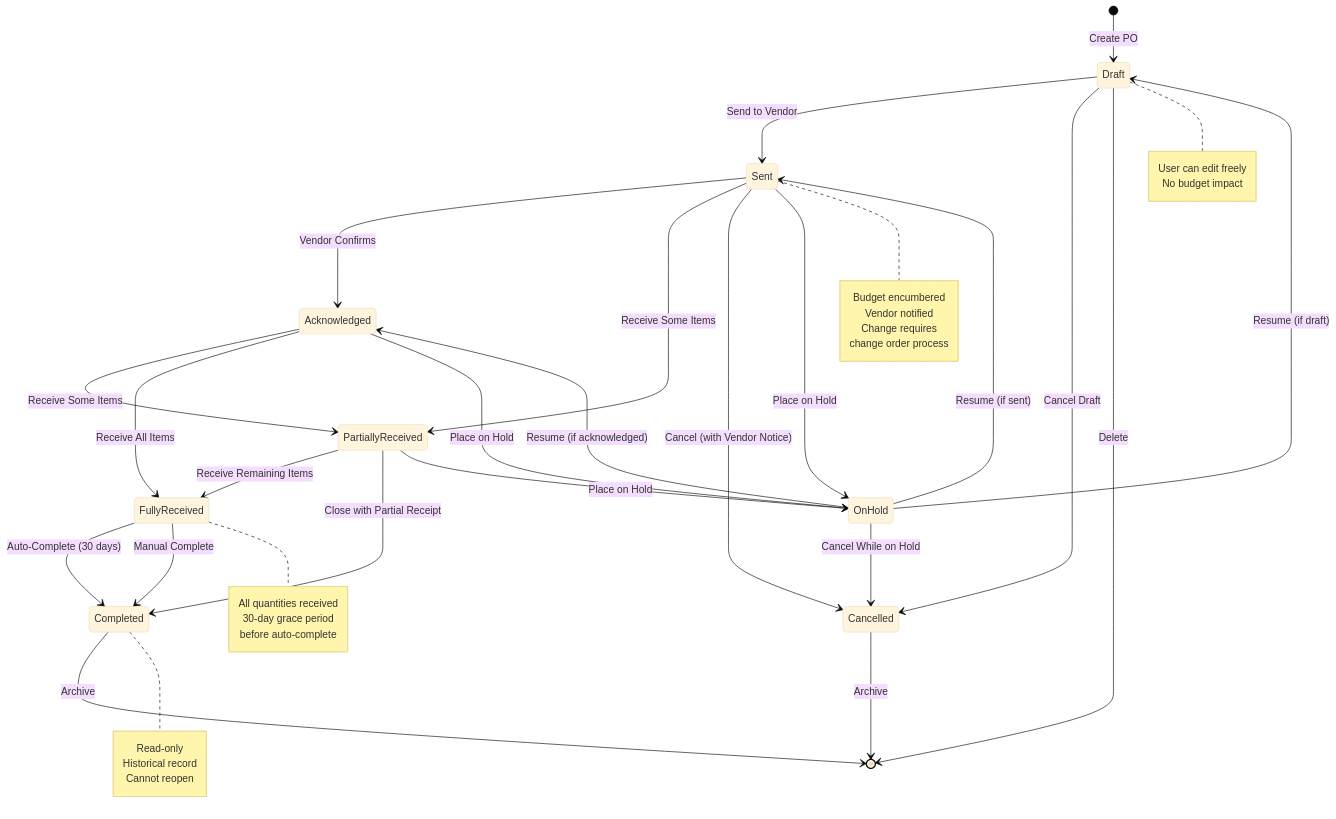
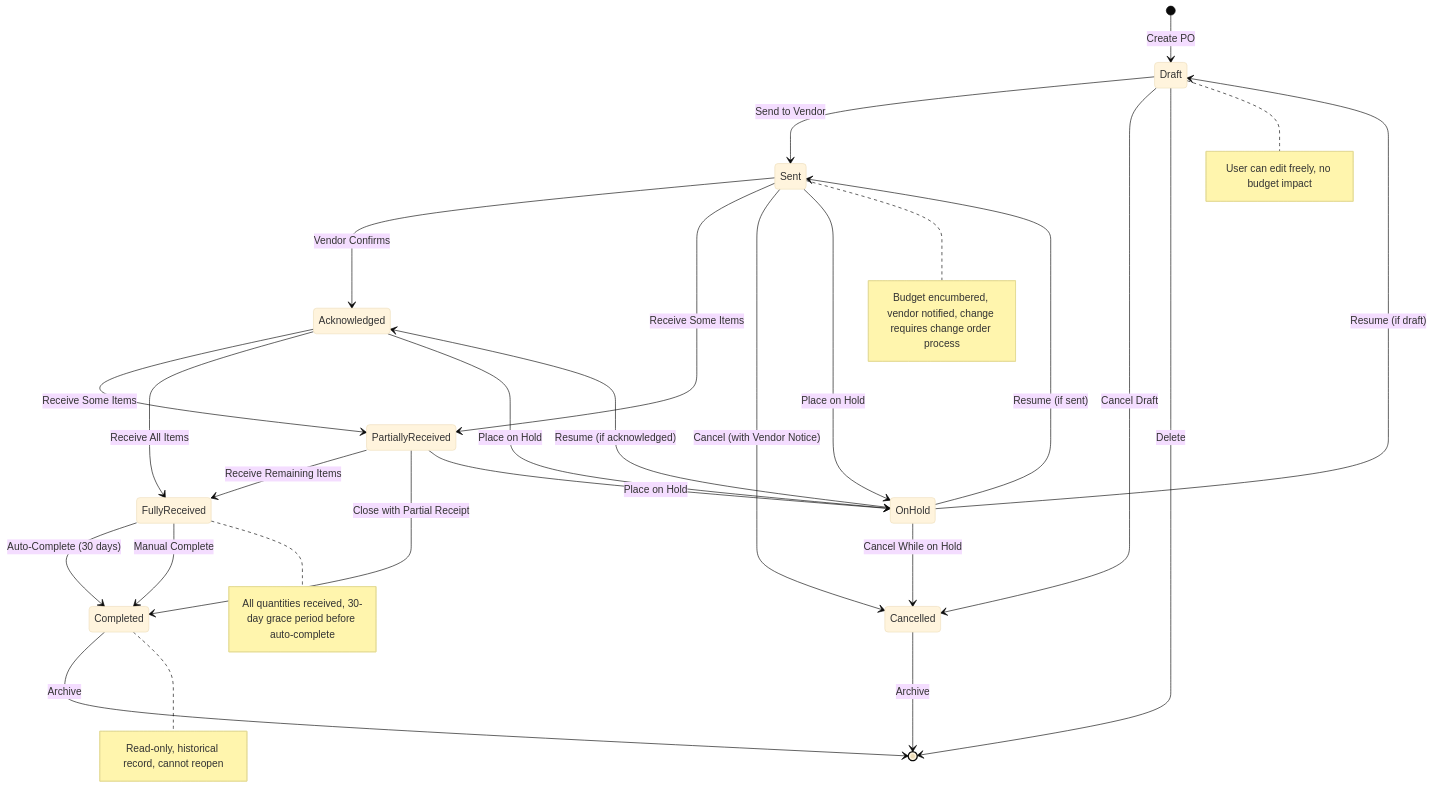
One commit to PeakMNA/carmen changed the fifth of 11 diagrams in docs/app/procurement/purchase-orders/FD-purchase-orders.md. Above: the diagram before and after it, drawn with Mermaid (base theme). The commit also changed other lines of this file and 473 other files, not shown here.

````diff
--- a/docs/app/procurement/purchase-orders/FD-purchase-orders.md
+++ b/docs/app/procurement/purchase-orders/FD-purchase-orders.md
@@ -287,56 +287,40 @@
 ```mermaid
 stateDiagram-v2
     [*] --> Draft: Create PO
 
     Draft --> Sent: Send to Vendor
     Draft --> Cancelled: Cancel Draft
     Draft --> [*]: Delete
 
     Sent --> Acknowledged: Vendor Confirms
     Sent --> PartiallyReceived: Receive Some Items
     Sent --> Cancelled: Cancel (with Vendor Notice)
     Sent --> OnHold: Place on Hold
 
     Acknowledged --> PartiallyReceived: Receive Some Items
     Acknowledged --> FullyReceived: Receive All Items
     Acknowledged --> OnHold: Place on Hold
 
     OnHold --> Draft: Resume (if draft)
     OnHold --> Sent: Resume (if sent)
     OnHold --> Acknowledged: Resume (if acknowledged)
     OnHold --> Cancelled: Cancel While on Hold
 
     PartiallyReceived --> FullyReceived: Receive Remaining Items
     PartiallyReceived --> Completed: Close with Partial Receipt
     PartiallyReceived --> OnHold: Place on Hold
 
     FullyReceived --> Completed: Auto-Complete (30 days)
     FullyReceived --> Completed: Manual Complete
 
     Completed --> [*]: Archive
     Cancelled --> [*]: Archive
 
-    note right of Draft
-        User can edit freely
-        No budget impact
-    end note
+    note right of Draft: User can edit freely, no budget impact
 
-    note right of Sent
-        Budget encumbered
-        Vendor notified
-        Change requires
-        change order process
-    end note
+    note right of Sent: Budget encumbered, vendor notified, change requires change order process
 
-    note right of FullyReceived
-        All quantities received
-        30-day grace period
-        before auto-complete
-    end note
+    note right of FullyReceived: All quantities received, 30-day grace period before auto-complete
 
-    note right of Completed
-        Read-only
-        Historical record
-        Cannot reopen
-    end note
+    note right of Completed: Read-only, historical record, cannot reopen
 ```
````
